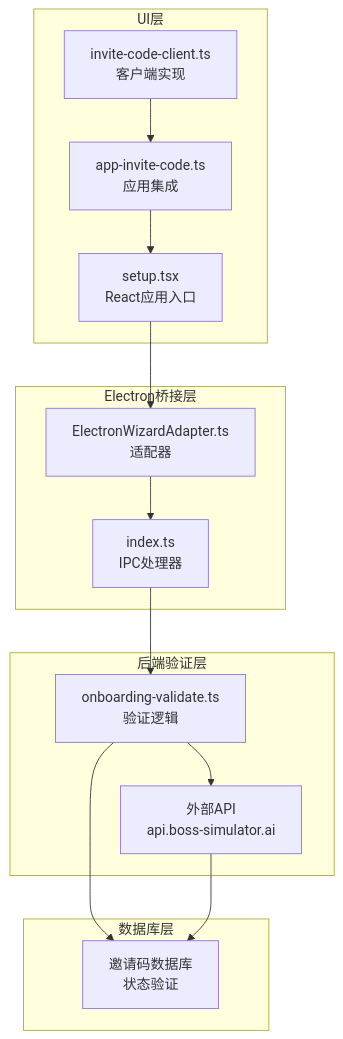
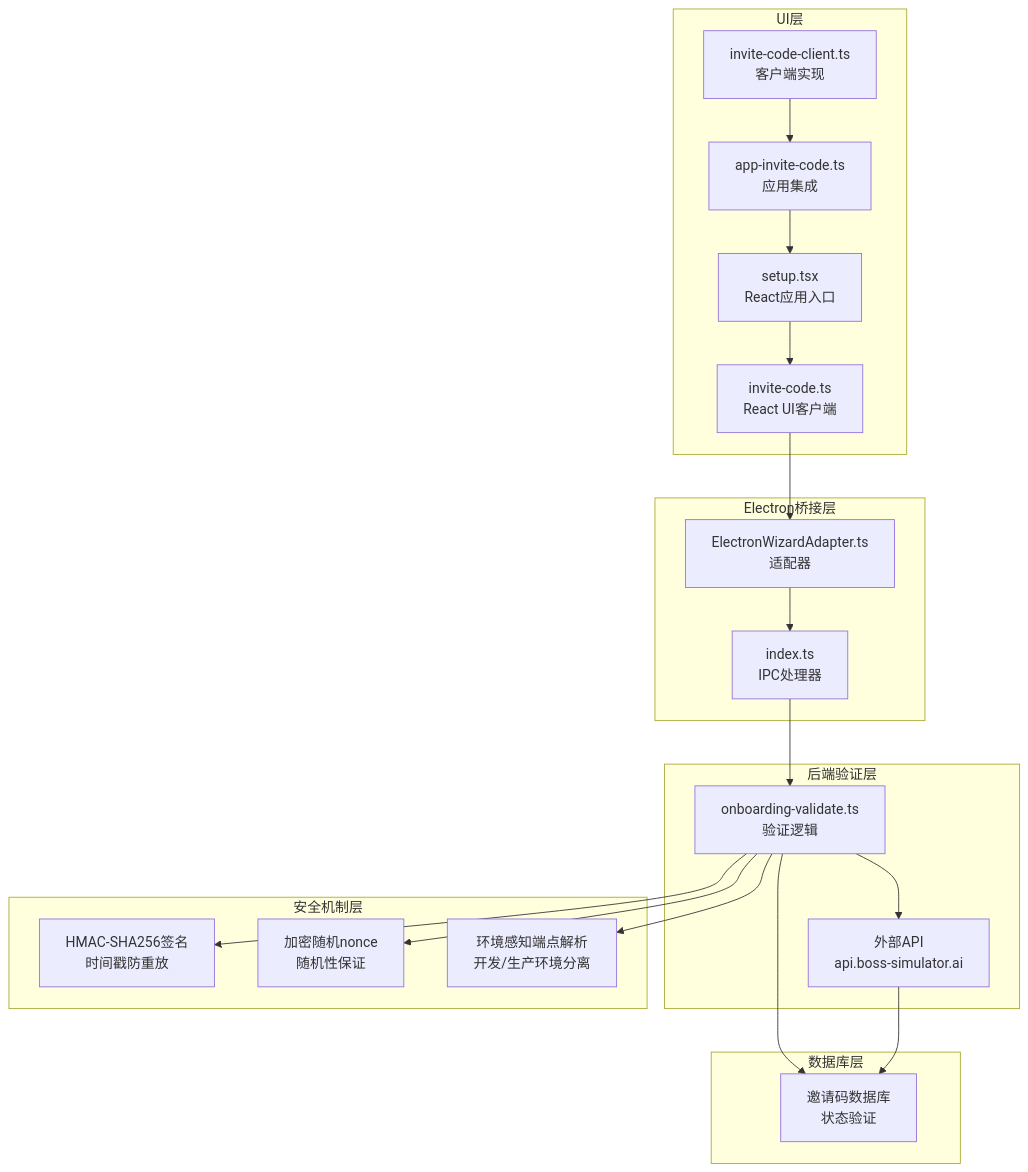
One commit to verse-ai-org/openclaw changed the first of 7 diagrams in .qoder/repowiki/zh/content/核心概念/邀请码API设计文档.md. Above: the diagram before and after it, drawn with Mermaid. The commit also changed other lines of this file and 24 other files, not shown here.

````diff
--- a/.qoder/repowiki/zh/content/核心概念/邀请码API设计文档.md
+++ b/.qoder/repowiki/zh/content/核心概念/邀请码API设计文档.md
@@ -42,27 +50,37 @@
 ```mermaid
 graph TB
 subgraph "UI层"
 A[invite-code-client.ts<br/>客户端实现]
 B[app-invite-code.ts<br/>应用集成]
 C[setup.tsx<br/>React应用入口]
+D[invite-code.ts<br/>React UI客户端]
 end
 subgraph "Electron桥接层"
-D[ElectronWizardAdapter.ts<br/>适配器]
-E[index.ts<br/>IPC处理器]
+E[ElectronWizardAdapter.ts<br/>适配器]
+F[index.ts<br/>IPC处理器]
 end
 subgraph "后端验证层"
-F[onboarding-validate.ts<br/>验证逻辑]
-G[外部API<br/>api.boss-simulator.ai]
+G[onboarding-validate.ts<br/>验证逻辑]
+H[外部API<br/>api.boss-simulator.ai]
+end
+subgraph "安全机制层"
+I[HMAC-SHA256签名<br/>时间戳防重放]
+J[加密随机nonce<br/>随机性保证]
+K[环境感知端点解析<br/>开发/生产环境分离]
 end
 subgraph "数据库层"
-H[邀请码数据库<br/>状态验证]
+L[邀请码数据库<br/>状态验证]
 end
 A --> B
 B --> C
 C --> D
 D --> E
 E --> F
 F --> G
-F --> H
 G --> H
+G --> I
+G --> J
+G --> K
+G --> L
+H --> L
 ```
````
